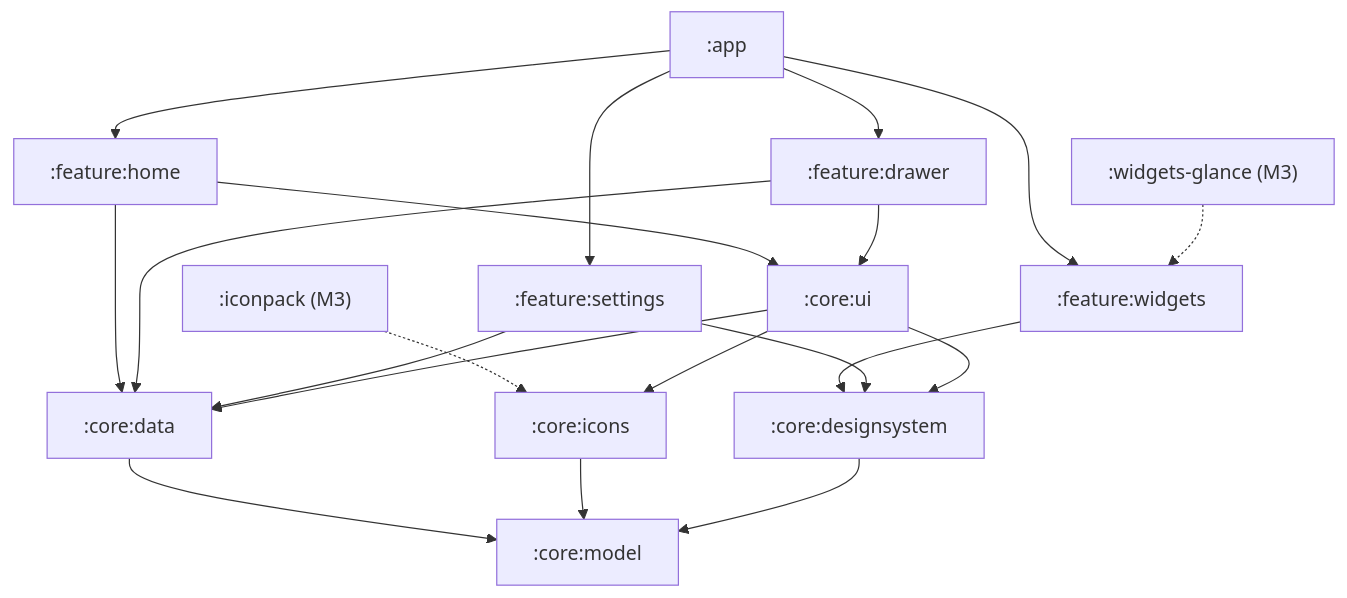
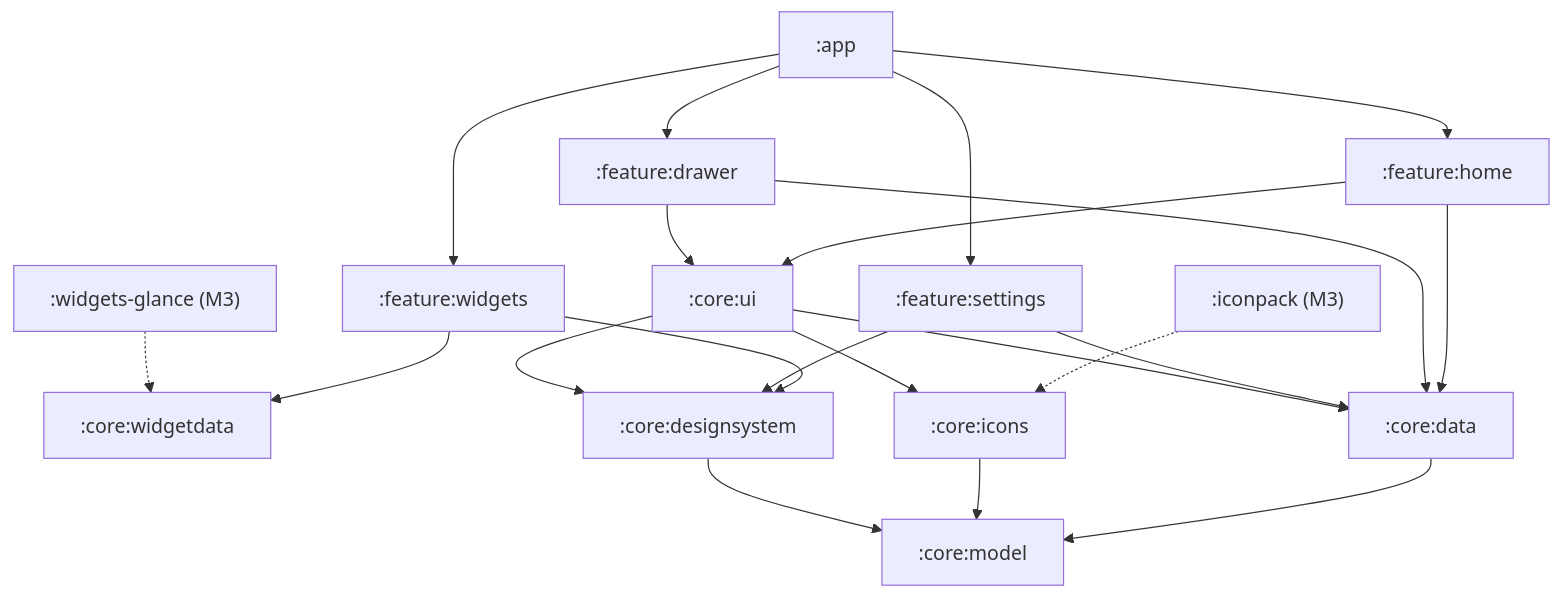
The diagram in docs/architecture.md (Platinum-Saber/Saber-Theme), drawn with Mermaid before and after one commit. The commit also changed other lines of this file and 26 other files, not shown here.

First line of the commit message:
Extract widget data layer into :core:widgetdata

````diff
--- a/docs/architecture.md
+++ b/docs/architecture.md
@@ -18,22 +18,23 @@
 ```mermaid
 graph TD
   app[":app"] --> home[":feature:home"]
   app --> drawer[":feature:drawer"]
   app --> widgets[":feature:widgets"]
   app --> settings[":feature:settings"]
-  glance[":widgets-glance (M3)"] -.-> widgets
+  widgets --> wdata[":core:widgetdata"]
+  glance[":widgets-glance (M3)"] -.-> wdata
   iconpack[":iconpack (M3)"] -.-> icons[":core:icons"]
   home --> ui[":core:ui"]
   drawer --> ui
   home --> data[":core:data"]
   drawer --> data
   settings --> data
   widgets --> ds[":core:designsystem"]
   settings --> ds
   ui --> ds
   ui --> data
   ui --> icons
   data --> model[":core:model"]
   icons --> model
   ds --> model
 ```
````
